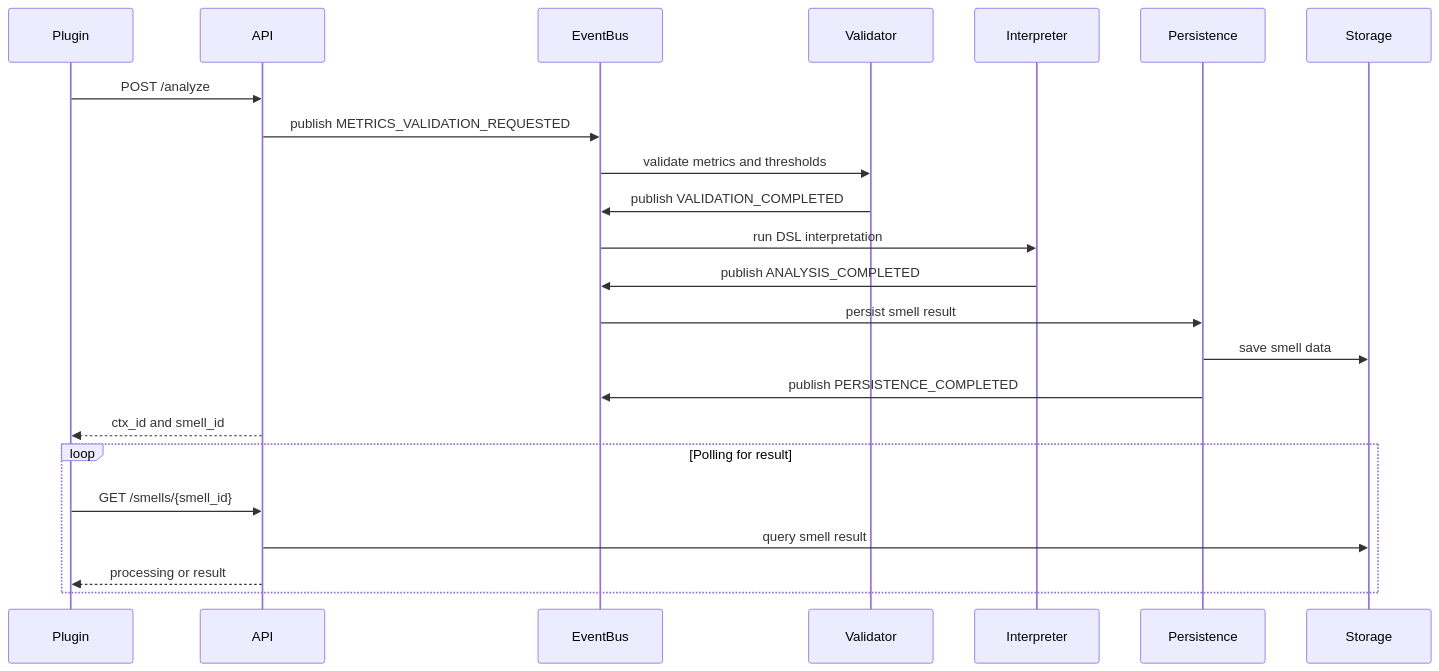
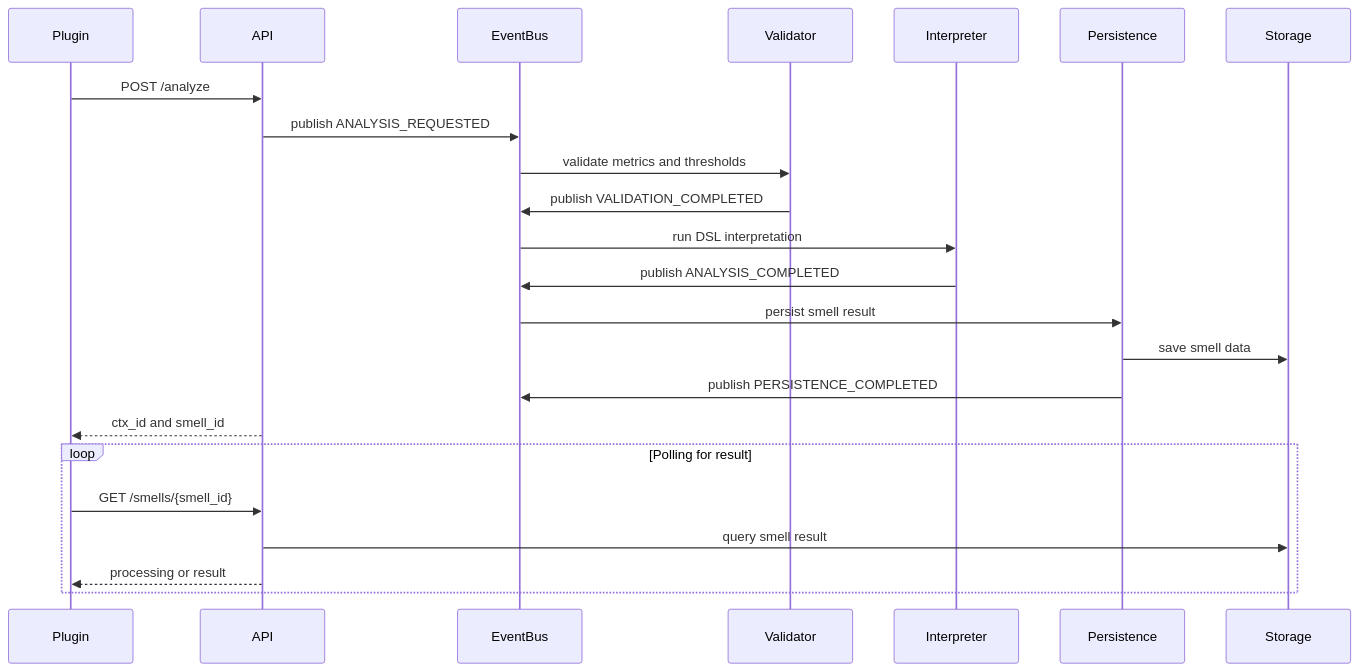
One commit to MathDEV-0/SmellHunter-Eclipse-Plugin changed the second of 2 diagrams in README.md. Above: the diagram before and after it, drawn with Mermaid.

Commit message:
Update event published from METRICS_VALIDATION_REQUESTED to ANALYSIS_REQUESTED

````diff
--- a/README.md
+++ b/README.md
@@ -268,31 +268,31 @@
 ```mermaid
 sequenceDiagram
 participant Plugin
 participant API
 participant EventBus
 participant Validator
 participant Interpreter
 participant Persistence
 participant Storage
 
 Plugin->>API: POST /analyze
-API->>EventBus: publish METRICS_VALIDATION_REQUESTED
+API->>EventBus: publish ANALYSIS_REQUESTED
 
 EventBus->>Validator: validate metrics and thresholds
 Validator->>EventBus: publish VALIDATION_COMPLETED
 
 EventBus->>Interpreter: run DSL interpretation
 Interpreter->>EventBus: publish ANALYSIS_COMPLETED
 
 EventBus->>Persistence: persist smell result
 Persistence->>Storage: save smell data
 Persistence->>EventBus: publish PERSISTENCE_COMPLETED
 
 API-->>Plugin: ctx_id and smell_id
 
 loop Polling for result
     Plugin->>API: GET /smells/{smell_id}
     API->>Storage: query smell result
     API-->>Plugin: processing or result
 end
 ```
````
